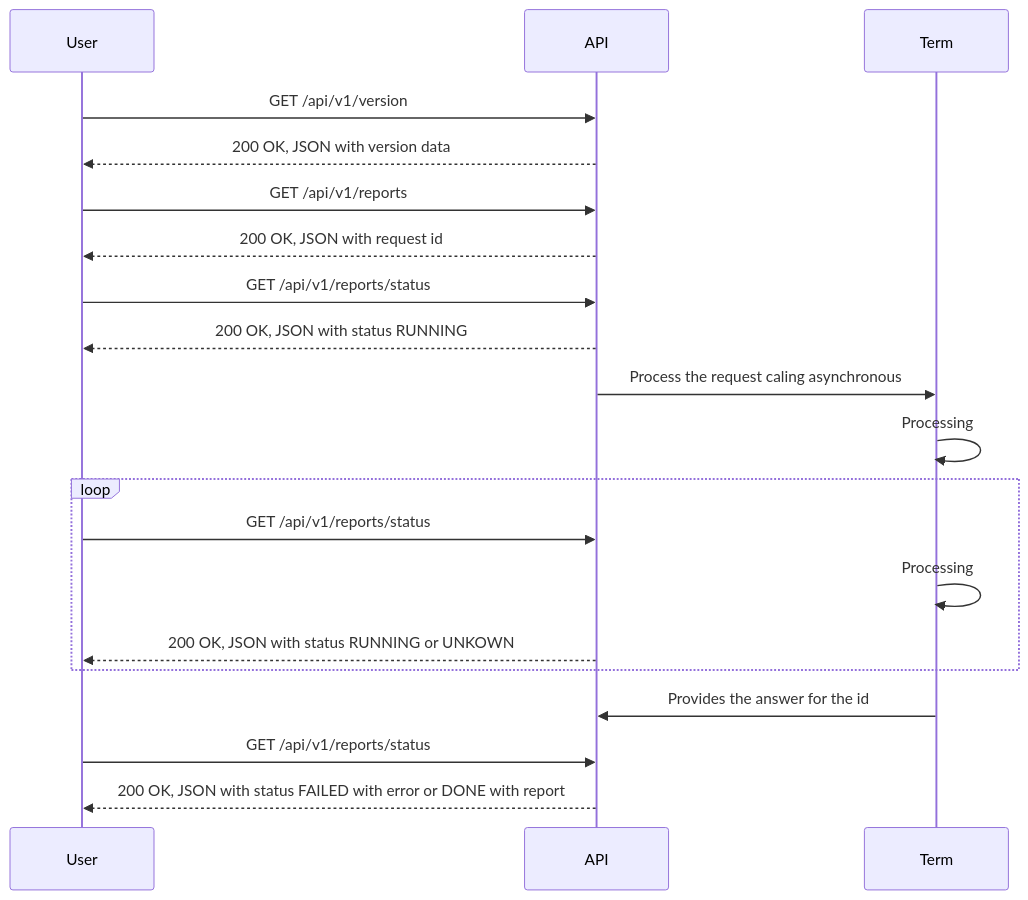
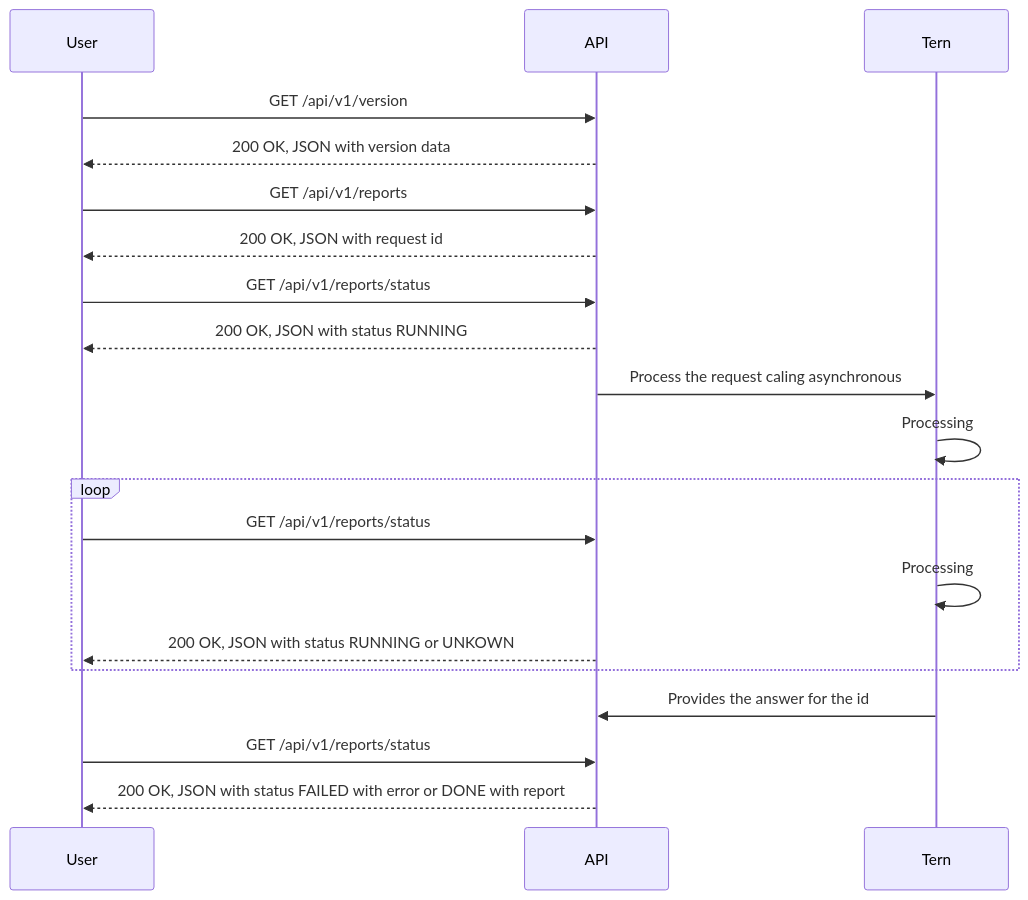
One commit to tern-tools/tern-rest-api changed the diagram in README.md. Above: the diagram before and after it, drawn with Mermaid. The commit also changed 18 other files, not shown here.

````diff
--- a/README.md
+++ b/README.md
@@ -22,22 +22,22 @@
 ```mermaid
   sequenceDiagram
     participant User
     participant API
-    participant Term
+    participant Tern
     User->>API: GET /api/v1/version
     API-->>User: 200 OK, JSON with version data
     User->>API: GET /api/v1/reports
     API-->>User: 200 OK, JSON with request id
     User->>API: GET /api/v1/reports/status
     API-->>User: 200 OK, JSON with status RUNNING
-    API->>Term: Process the request caling asynchronous
-    Term->>Term: Processing
+    API->>Tern: Process the request caling asynchronous
+    Tern->>Tern: Processing
     loop
     User->>API: GET /api/v1/reports/status
-    Term->>Term: Processing
+    Tern->>Tern: Processing
     API-->>User: 200 OK, JSON with status RUNNING or UNKOWN
     end
-    Term->>API: Provides the answer for the id
+    Tern->>API: Provides the answer for the id
     User->>API: GET /api/v1/reports/status
     API-->>User: 200 OK, JSON with status FAILED with error or DONE with report
 ```
````
